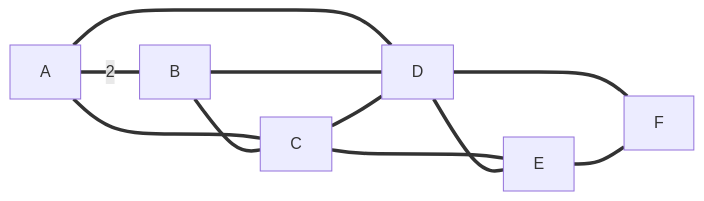
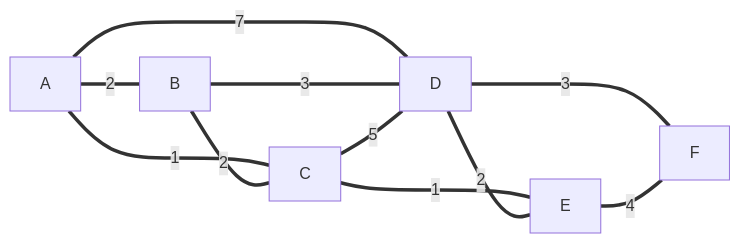
Before and after one commit to LuboDimitrov/Dijsktra-SPT: the diagram in README.md, drawn with Mermaid.

Commit message:
Added mermaid diagram

````diff
--- a/README.md
+++ b/README.md
@@ -10,13 +10,13 @@
 ```mermaid
 graph LR;
     A===|2|B;
-    A===C;
-    A===D;
-    B===D;
-    B===C;
-    C===D;
-    C===E;
-    D===E;
-    D===F;
-    E===F;
+    A===|1|C;
+    A===|7|D;
+    B===|3|D;
+    B===|2|C;
+    C===|5|D;
+    C===|1|E;
+    D===|2|E;
+    D===|3|F;
+    E===|4|F;
 ```
````
